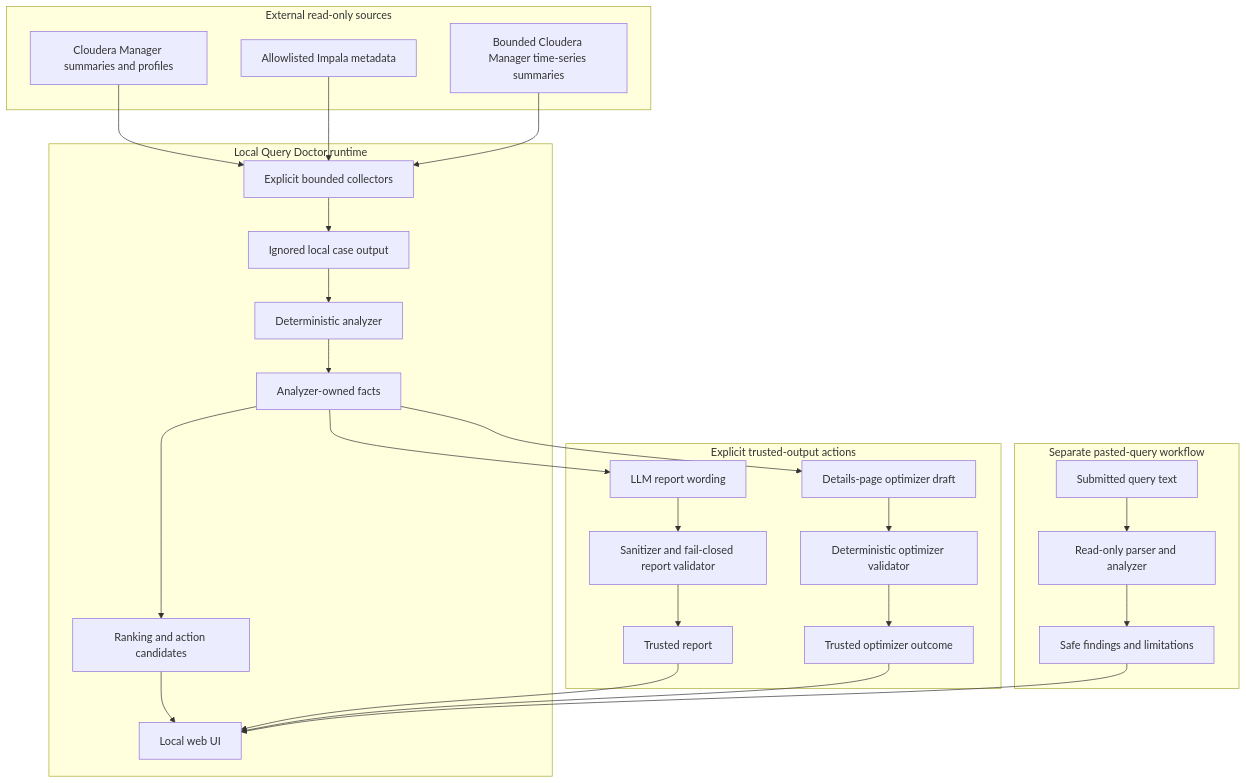
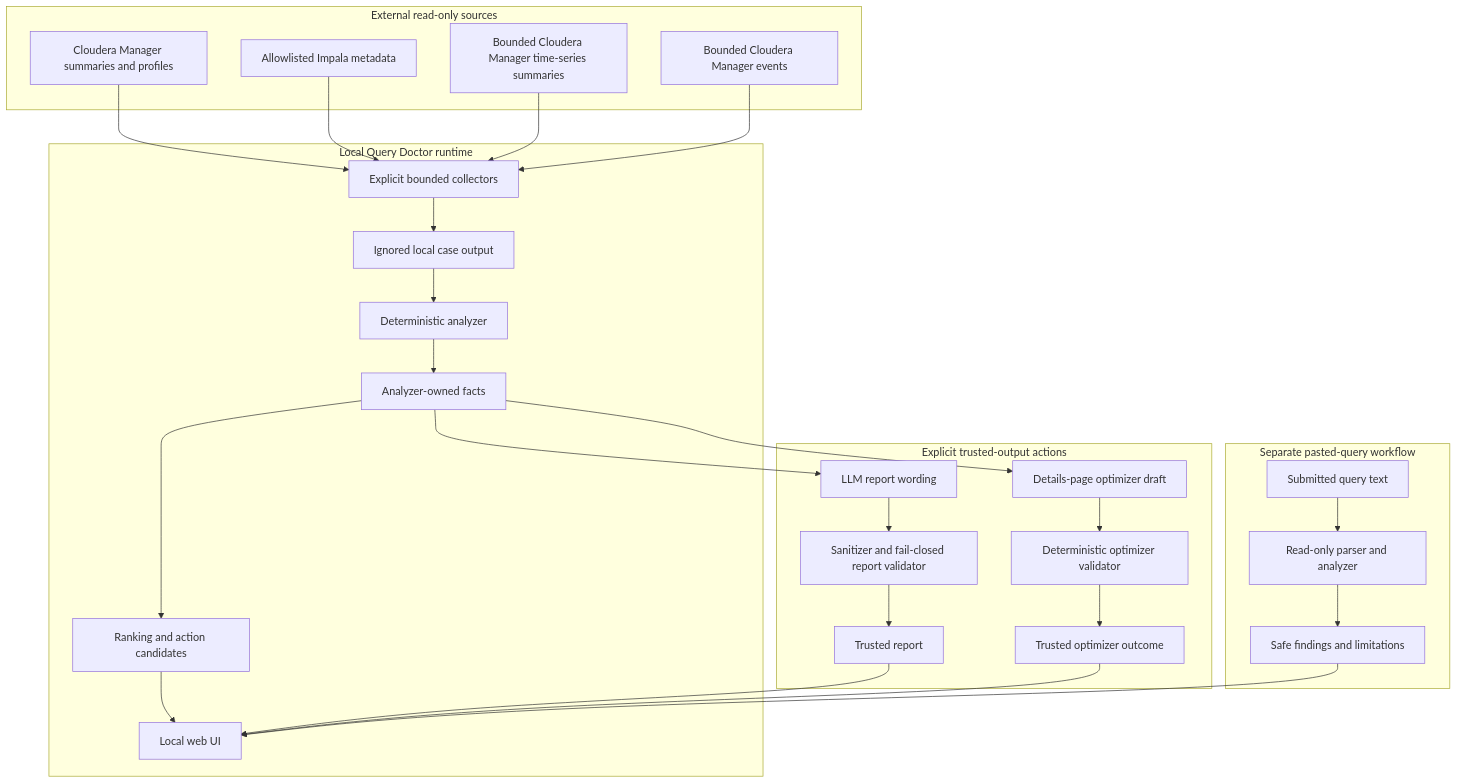
The first of 2 diagrams in docs/architecture.md (alexandrefimov/Query-Doctor), drawn with Mermaid before and after one commit. The commit also changed other lines of this file and 10 other files, not shown here.

````diff
--- a/docs/architecture.md
+++ b/docs/architecture.md
@@ -12,52 +12,54 @@
 ```mermaid
 flowchart TD
     subgraph External["External read-only sources"]
         CM[Cloudera Manager summaries and profiles]
         ImpalaMeta[Allowlisted Impala metadata]
         CMMetrics[Bounded Cloudera Manager time-series summaries]
+        CMEvents[Bounded Cloudera Manager events]
     end
 
     subgraph Local["Local Query Doctor runtime"]
         Collector[Explicit bounded collectors]
         CaseStore[Ignored local case output]
         Analyzer[Deterministic analyzer]
         Facts[Analyzer-owned facts]
         Ranking[Ranking and action candidates]
         WebUI[Local web UI]
     end
 
     subgraph Trust["Explicit trusted-output actions"]
         ReportWriter[LLM report wording]
         ReportValidator[Sanitizer and fail-closed report validator]
         TrustedReport[Trusted report]
         OptimizerDraft[Details-page optimizer draft]
         OptimizerValidator[Deterministic optimizer validator]
         TrustedOptimizer[Trusted optimizer outcome]
     end
 
     subgraph Pasted["Separate pasted-query workflow"]
         PastedInput[Submitted query text]
         QueryParser[Read-only parser and analyzer]
         QueryFindings[Safe findings and limitations]
     end
 
     CM --> Collector
     ImpalaMeta --> Collector
     CMMetrics --> Collector
+    CMEvents --> Collector
     Collector --> CaseStore
     CaseStore --> Analyzer
     Analyzer --> Facts
     Facts --> Ranking
     Ranking --> WebUI
     Facts --> ReportWriter
     ReportWriter --> ReportValidator
     ReportValidator --> TrustedReport
     TrustedReport --> WebUI
     Facts --> OptimizerDraft
     OptimizerDraft --> OptimizerValidator
     OptimizerValidator --> TrustedOptimizer
     TrustedOptimizer --> WebUI
     PastedInput --> QueryParser
     QueryParser --> QueryFindings
     QueryFindings --> WebUI
 ```
````
